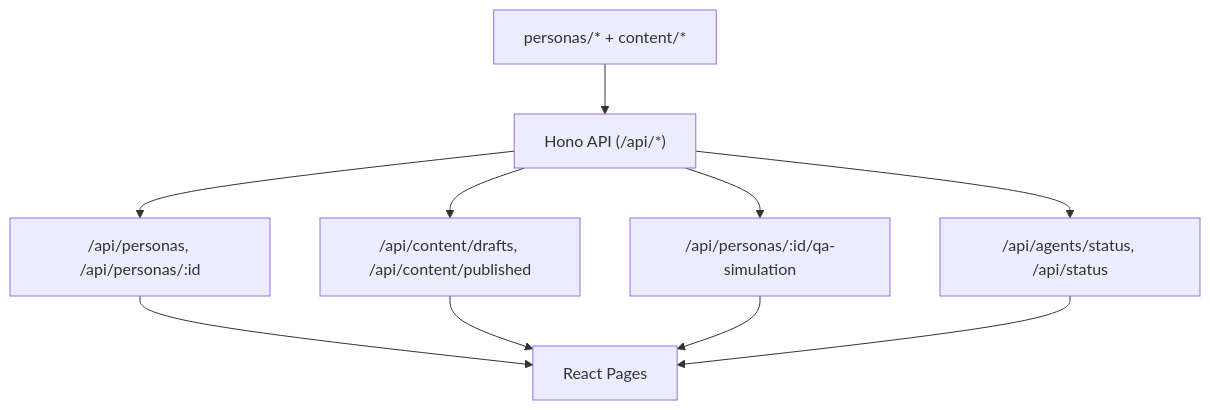
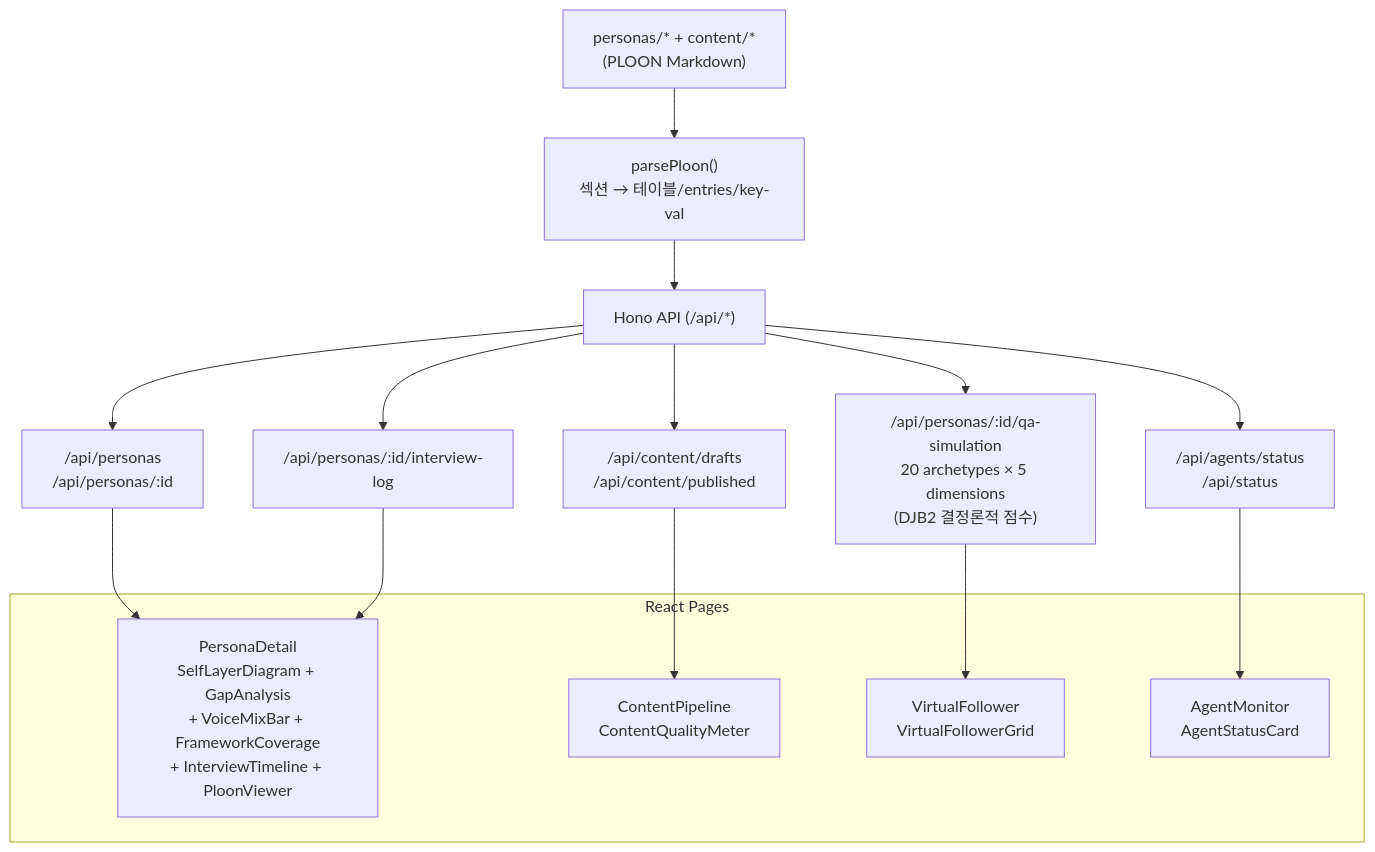
One commit to kimchanhyung98/agentic-workflows changed the eighth of 8 diagrams in polysona/00-diagram.md. Above: the diagram before and after it, drawn with Mermaid. The commit also changed other lines of this file and 4 other files, not shown here.

````diff
--- a/polysona/00-diagram.md
+++ b/polysona/00-diagram.md
@@ -100,12 +209,26 @@
 ```mermaid
 flowchart TD
-    FILES["personas/* + content/*"] --> API["Hono API (/api/*)"]
-    API --> P1["/api/personas, /api/personas/:id"]
-    API --> P2["/api/content/drafts, /api/content/published"]
-    API --> P3["/api/personas/:id/qa-simulation"]
-    API --> P4["/api/agents/status, /api/status"]
-    P1 --> UI["React Pages"]
-    P2 --> UI
-    P3 --> UI
-    P4 --> UI
+    FILES["personas/* + content/*<br/>(PLOON Markdown)"]
+    PLOON["parsePloon()<br/>섹션 → 테이블/entries/key-val"]
+    FILES --> PLOON
+
+    PLOON --> API["Hono API (/api/*)"]
+    API --> P1["/api/personas<br/>/api/personas/:id"]
+    API --> P2["/api/personas/:id/interview-log"]
+    API --> P3["/api/personas/:id/qa-simulation<br/>20 archetypes × 5 dimensions<br/>(DJB2 결정론적 점수)"]
+    API --> P4["/api/content/drafts<br/>/api/content/published"]
+    API --> P5["/api/agents/status<br/>/api/status"]
+
+    subgraph Pages["React Pages"]
+        U1["PersonaDetail<br/>SelfLayerDiagram + GapAnalysis<br/>+ VoiceMixBar + FrameworkCoverage<br/>+ InterviewTimeline + PloonViewer"]
+        U2["ContentPipeline<br/>ContentQualityMeter"]
+        U3["VirtualFollower<br/>VirtualFollowerGrid"]
+        U4["AgentMonitor<br/>AgentStatusCard"]
+    end
+
+    P1 --> U1
+    P2 --> U1
+    P3 --> U3
+    P4 --> U2
+    P5 --> U4
 ```
````
